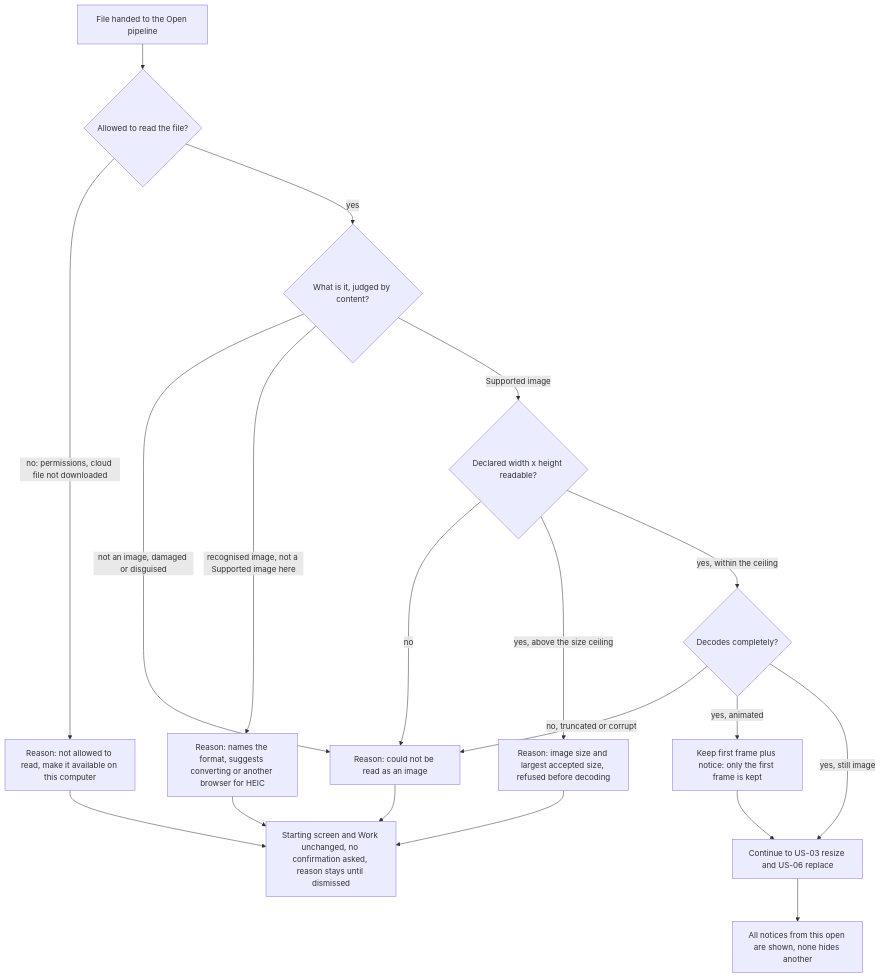
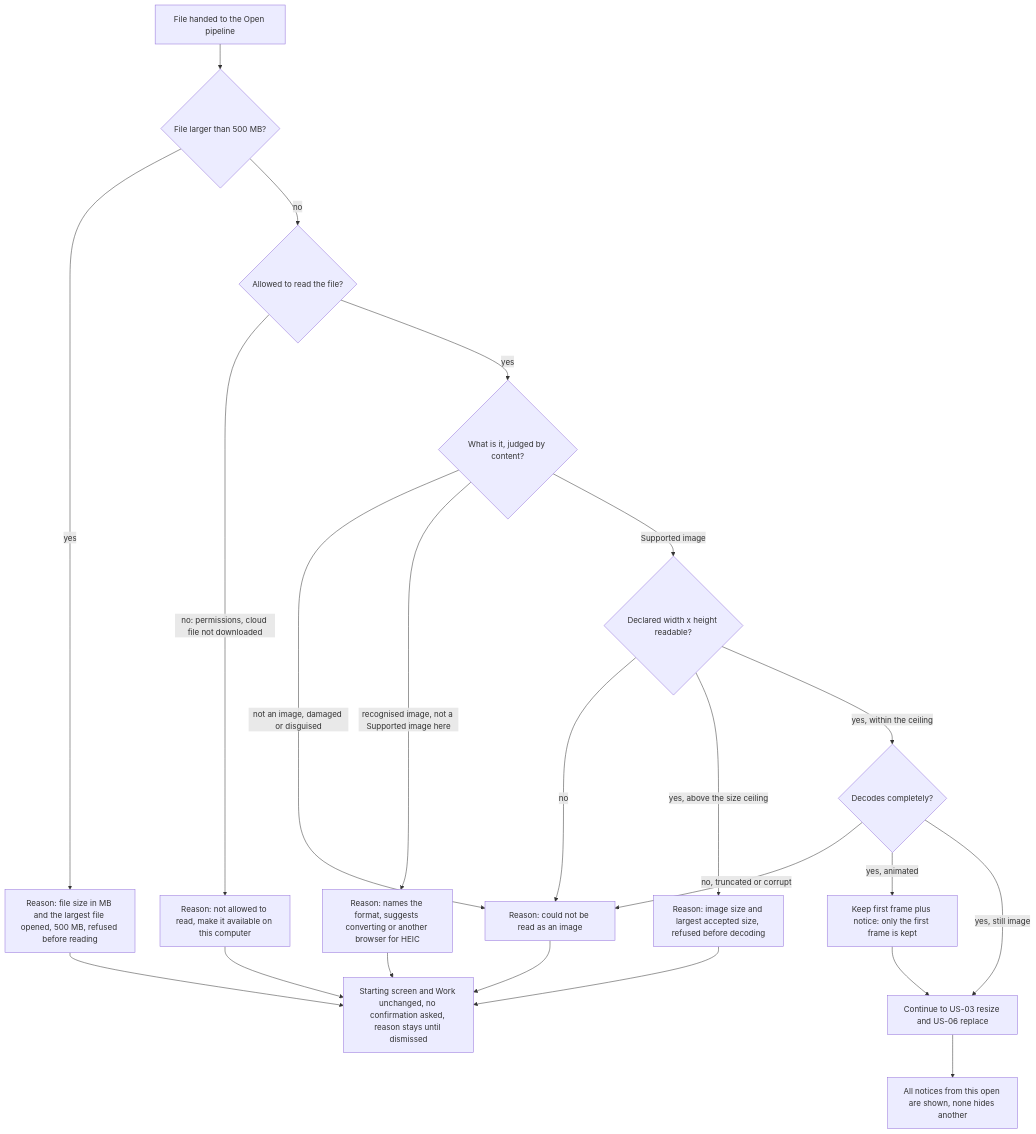
Before and after one commit to Blazheiko/imgly: the fourth of 8 diagrams in docs/features/open-and-view/ux-flows.md, drawn with Mermaid. The commit also changed other lines of this file and 2 other files, not shown here.

Commit message:
docs(open-and-view): carry the AC-09 byte ceiling into the flows and the test plan
The added-by-fix byte-ceiling clause had code and tests but no link in between: sad.md flow 2 now
refuses a file above 500 MB from its size before the header read, ux-flows US-04 has the decision,
and the test plan names the unit and integration tests.

SDD-Task: T42
SDD-AC: AC-09

````diff
--- a/docs/features/open-and-view/ux-flows.md
+++ b/docs/features/open-and-view/ux-flows.md
@@ -89,21 +89,24 @@
 ```mermaid
 flowchart TD
-    F["File handed to the Open pipeline"] --> A{"Allowed to read the file?"}
+    F["File handed to the Open pipeline"] --> B{"File larger than 500 MB?"}
+    B -->|"yes"| E9B["Reason: file size in MB and the largest file opened, 500 MB, refused before reading"]
+    B -->|"no"| A{"Allowed to read the file?"}
     A -->|"no: permissions, cloud file not downloaded"| E10["Reason: not allowed to read, make it available on this computer"]
     A -->|"yes"| T{"What is it, judged by content?"}
     T -->|"not an image, damaged or disguised"| E8["Reason: could not be read as an image"]
     T -->|"recognised image, not a Supported image here"| E7["Reason: names the format, suggests converting or another browser for HEIC"]
     T -->|"Supported image"| Z{"Declared width x height readable?"}
     Z -->|"no"| E8
     Z -->|"yes, above the size ceiling"| E9["Reason: image size and largest accepted size, refused before decoding"]
     Z -->|"yes, within the ceiling"| DEC{"Decodes completely?"}
     DEC -->|"no, truncated or corrupt"| E8
     DEC -->|"yes, animated"| AN["Keep first frame plus notice: only the first frame is kept"]
     DEC -->|"yes, still image"| OK["Continue to US-03 resize and US-06 replace"]
     AN --> OK
     E10 --> U["Starting screen and Work unchanged, no confirmation asked, reason stays until dismissed"]
     E8 --> U
     E7 --> U
     E9 --> U
+    E9B --> U
     OK --> NB["All notices from this open are shown, none hides another"]
 ```
````
